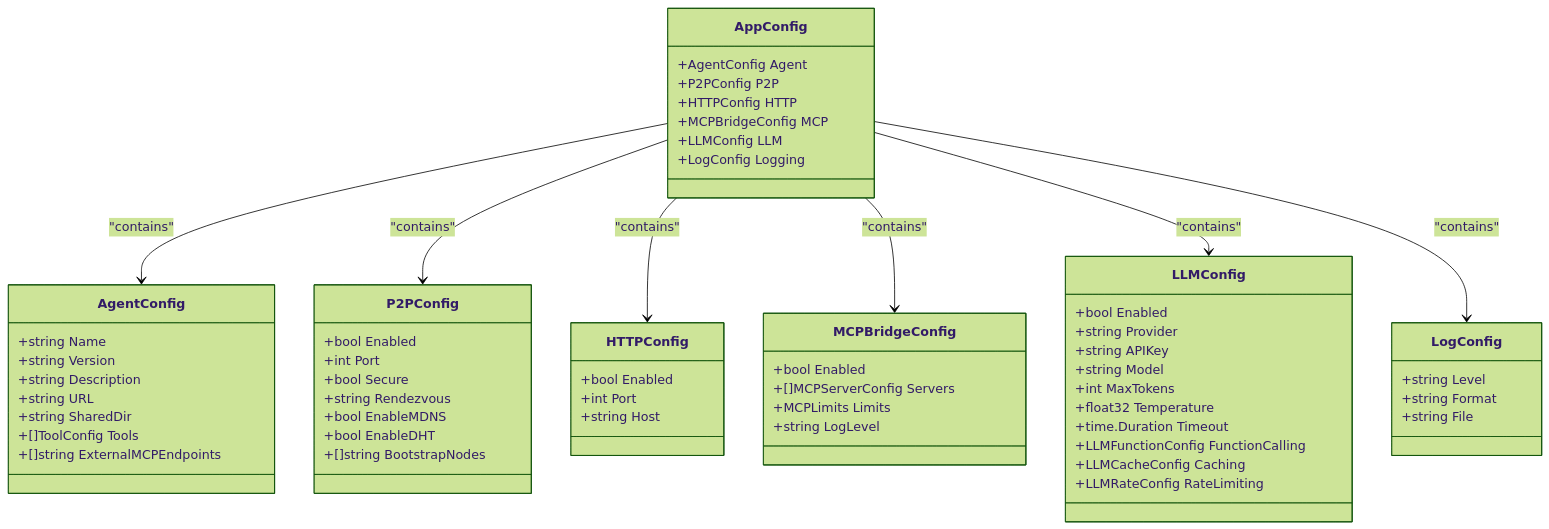
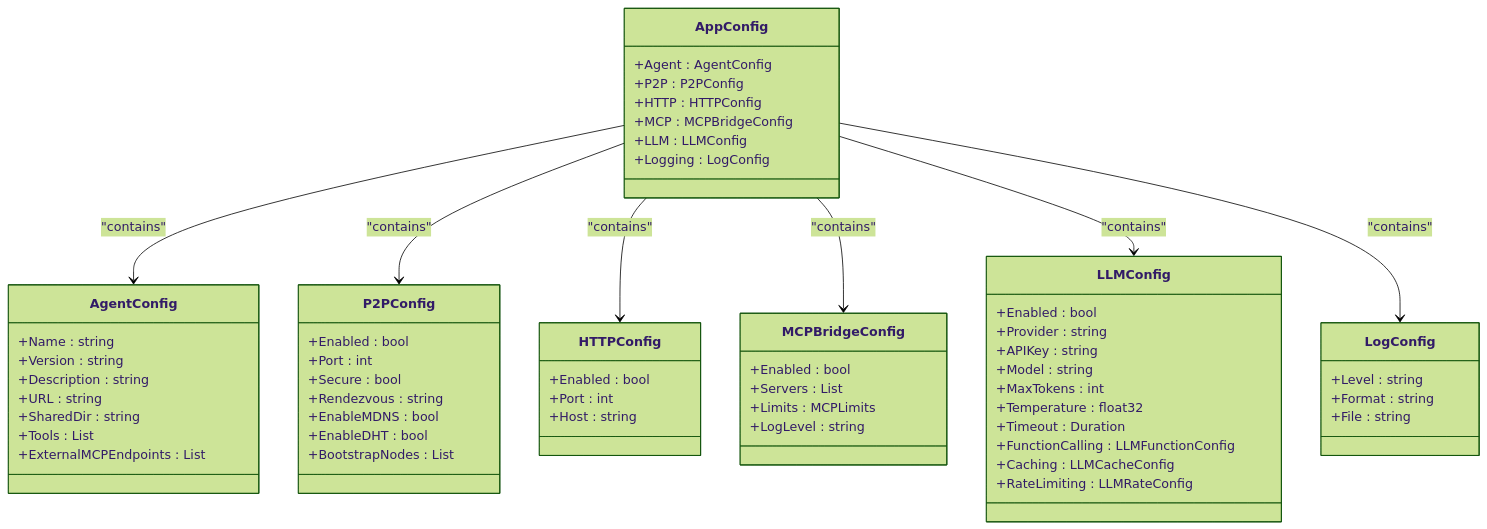
The first of 5 diagrams in docs/Agent Configuration.md (prxs-ai/praxis-go-sdk), drawn with Mermaid (forest theme) before and after one commit. The commit also changed other lines of this file and 141 other files, not shown here.

````diff
--- a/docs/Agent Configuration.md
+++ b/docs/Agent Configuration.md
@@ -22,63 +22,63 @@
 ```mermaid
 classDiagram
 class AppConfig {
-+AgentConfig Agent
-+P2PConfig P2P
-+HTTPConfig HTTP
-+MCPBridgeConfig MCP
-+LLMConfig LLM
-+LogConfig Logging
++Agent : AgentConfig
++P2P : P2PConfig
++HTTP : HTTPConfig
++MCP : MCPBridgeConfig
++LLM : LLMConfig
++Logging : LogConfig
 }
 class AgentConfig {
-+string Name
-+string Version
-+string Description
-+string URL
-+string SharedDir
-+[]ToolConfig Tools
-+[]string ExternalMCPEndpoints
++Name : string
++Version : string
++Description : string
++URL : string
++SharedDir : string
++Tools : List<ToolConfig>
++ExternalMCPEndpoints : List<string>
 }
 class P2PConfig {
-+bool Enabled
-+int Port
-+bool Secure
-+string Rendezvous
-+bool EnableMDNS
-+bool EnableDHT
-+[]string BootstrapNodes
++Enabled : bool
++Port : int
++Secure : bool
++Rendezvous : string
++EnableMDNS : bool
++EnableDHT : bool
++BootstrapNodes : List<string>
 }
 class HTTPConfig {
-+bool Enabled
-+int Port
-+string Host
++Enabled : bool
++Port : int
++Host : string
 }
 class MCPBridgeConfig {
-+bool Enabled
-+[]MCPServerConfig Servers
-+MCPLimits Limits
-+string LogLevel
++Enabled : bool
++Servers : List<MCPServerConfig>
++Limits : MCPLimits
++LogLevel : string
 }
 class LLMConfig {
-+bool Enabled
-+string Provider
-+string APIKey
-+string Model
-+int MaxTokens
-+float32 Temperature
-+time.Duration Timeout
-+LLMFunctionConfig FunctionCalling
-+LLMCacheConfig Caching
-+LLMRateConfig RateLimiting
++Enabled : bool
++Provider : string
++APIKey : string
++Model : string
++MaxTokens : int
++Temperature : float32
++Timeout : Duration
++FunctionCalling : LLMFunctionConfig
++Caching : LLMCacheConfig
++RateLimiting : LLMRateConfig
 }
 class LogConfig {
-+string Level
-+string Format
-+string File
++Level : string
++Format : string
++File : string
 }
 AppConfig --> AgentConfig : "contains"
 AppConfig --> P2PConfig : "contains"
 AppConfig --> HTTPConfig : "contains"
 AppConfig --> MCPBridgeConfig : "contains"
 AppConfig --> LLMConfig : "contains"
 AppConfig --> LogConfig : "contains"
 ```
````
